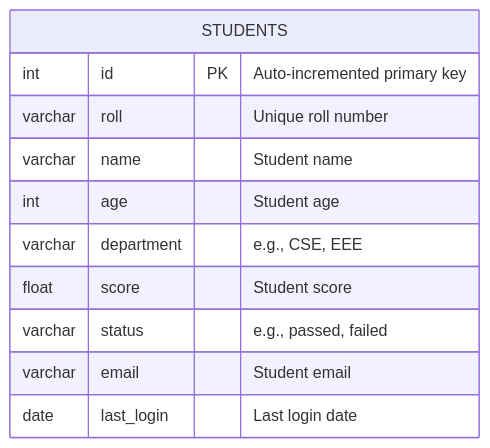
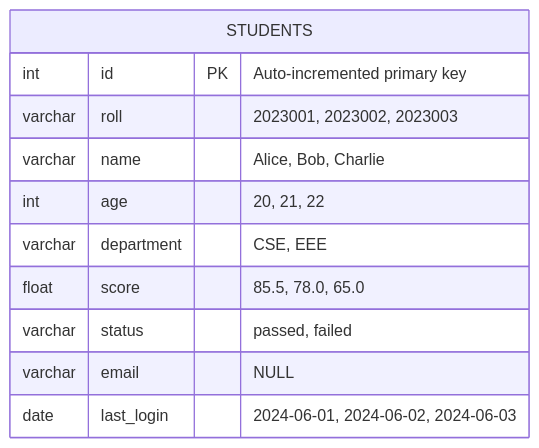
One commit to Sarwarhridoy4/PSQL_Practice_With_Student_Table changed the second of 5 diagrams in readme.md. Above: the diagram before and after it, drawn with Mermaid. The commit also changed other lines of this file, not shown here.

````diff
--- a/readme.md
+++ b/readme.md
@@ -98,14 +98,14 @@
 ```mermaid
 erDiagram
 STUDENTS {
     int id PK "Auto-incremented primary key"
-    varchar roll "Unique roll number"
-    varchar name "Student name"
-    int age "Student age"
-    varchar department "e.g., CSE, EEE"
-    float score "Student score"
-    varchar status "e.g., passed, failed"
-    varchar email "Student email"
-    date last_login "Last login date"
+    varchar roll "2023001, 2023002, 2023003"
+    varchar name "Alice, Bob, Charlie"
+    int age "20, 21, 22"
+    varchar department "CSE, EEE"
+    float score "85.5, 78.0, 65.0"
+    varchar status "passed, failed"
+    varchar email "NULL"
+    date last_login "2024-06-01, 2024-06-02, 2024-06-03"
 }
 ```
````
